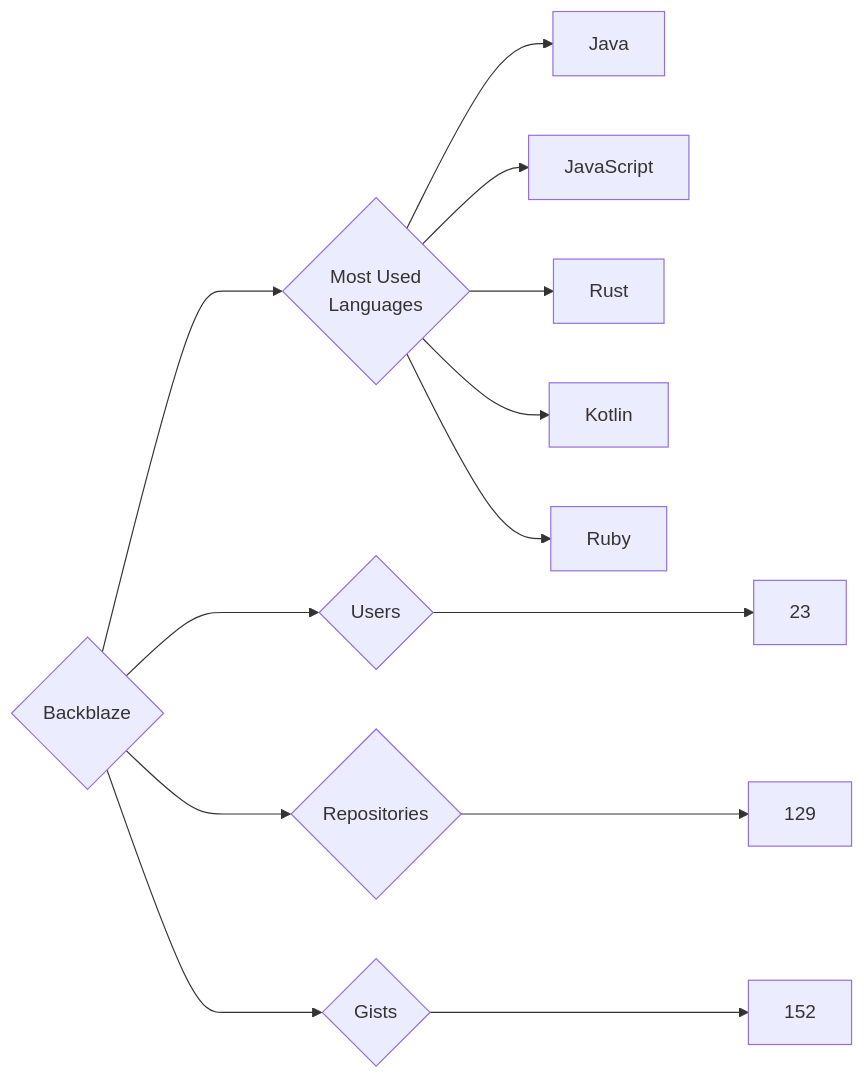
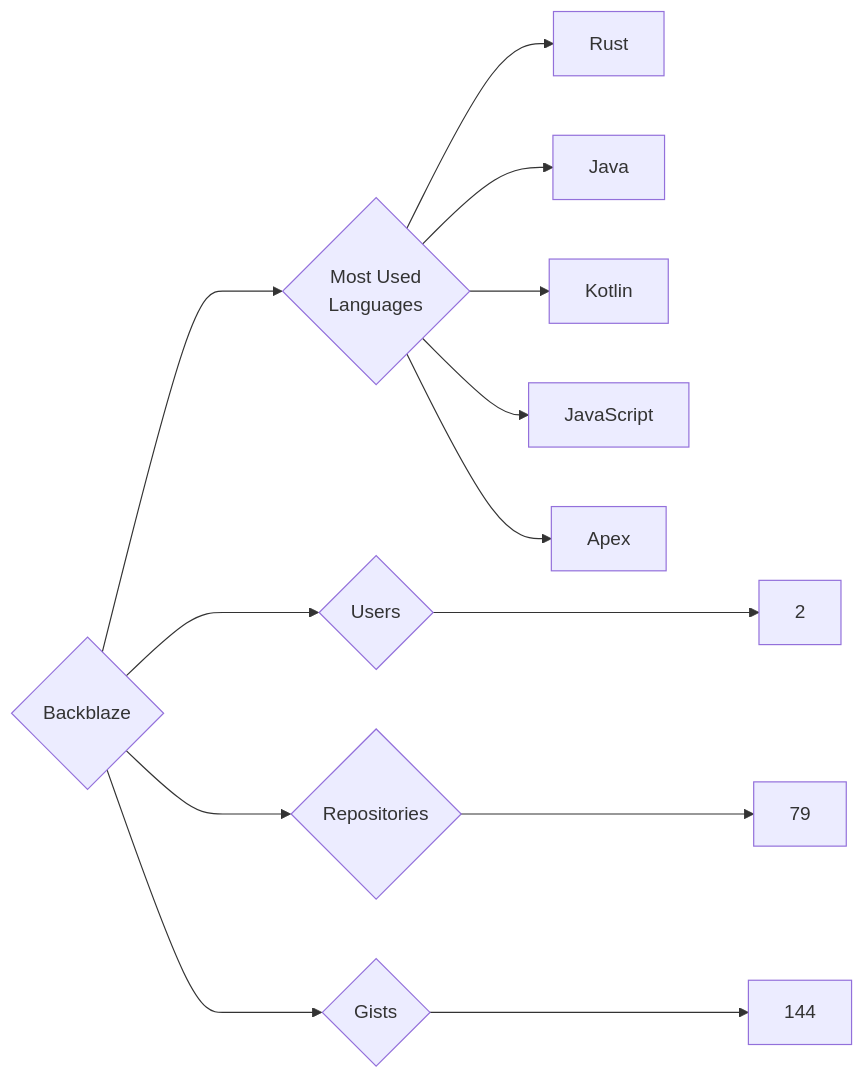
One commit to trickest/insiders changed the diagram in targets/Backblaze/README.md. Above: the diagram before and after it, drawn with Mermaid. The commit also changed 736 other files, not shown here.

````diff
--- a/targets/Backblaze/README.md
+++ b/targets/Backblaze/README.md
@@ -3,13 +3,13 @@
 ```mermaid
 graph LR
 COMPANY_NAME{Backblaze}
-COMPANY_NAME ---> U{Users} ---> UN[23]
-COMPANY_NAME ---> R{Repositories} ---> RN[129]
-COMPANY_NAME ---> G{Gists} ---> GN[152]
+COMPANY_NAME ---> U{Users} ---> UN[2]
+COMPANY_NAME ---> R{Repositories} ---> RN[79]
+COMPANY_NAME ---> G{Gists} ---> GN[144]
 COMPANY_NAME ---> ML{Most Used<br>Languages}
+ML --> Rust[Rust]
 ML --> Java[Java]
+ML --> Kotlin[Kotlin]
 ML --> JavaScript[JavaScript]
-ML --> Rust[Rust]
-ML --> Kotlin[Kotlin]
-ML --> Ruby[Ruby]
+ML --> Apex[Apex]
 ```
````
